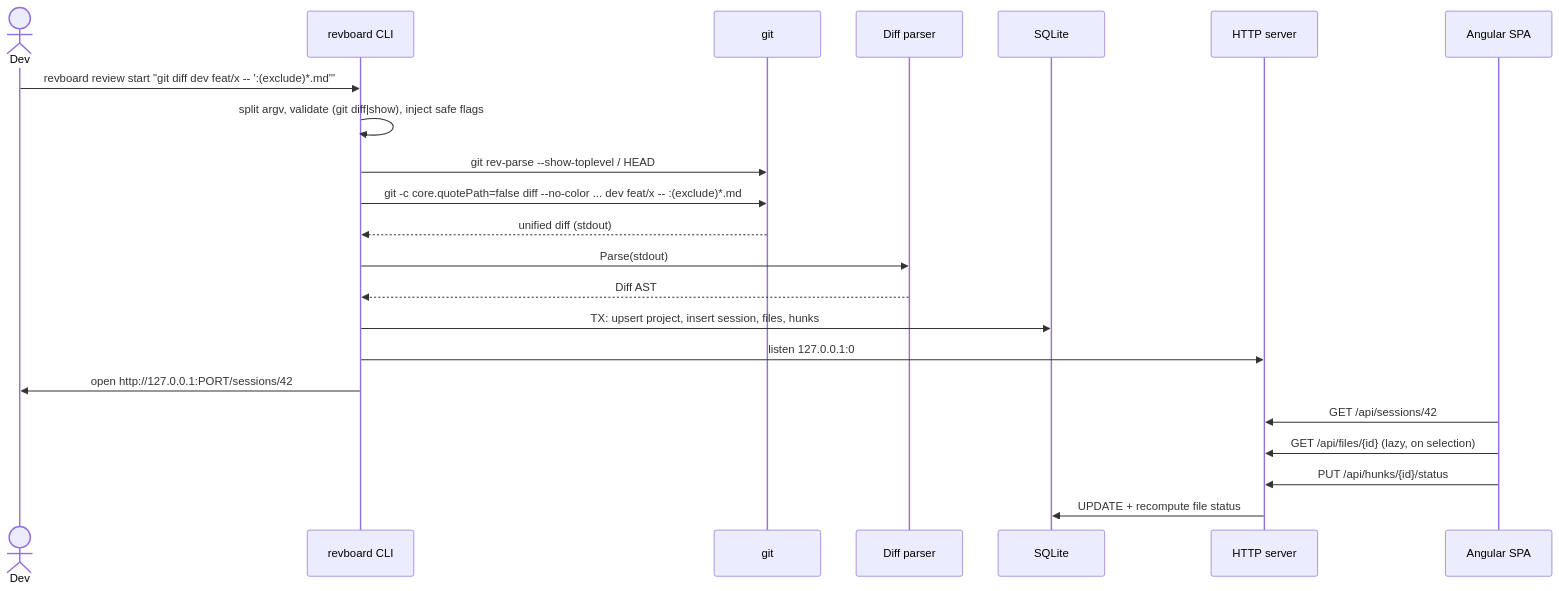
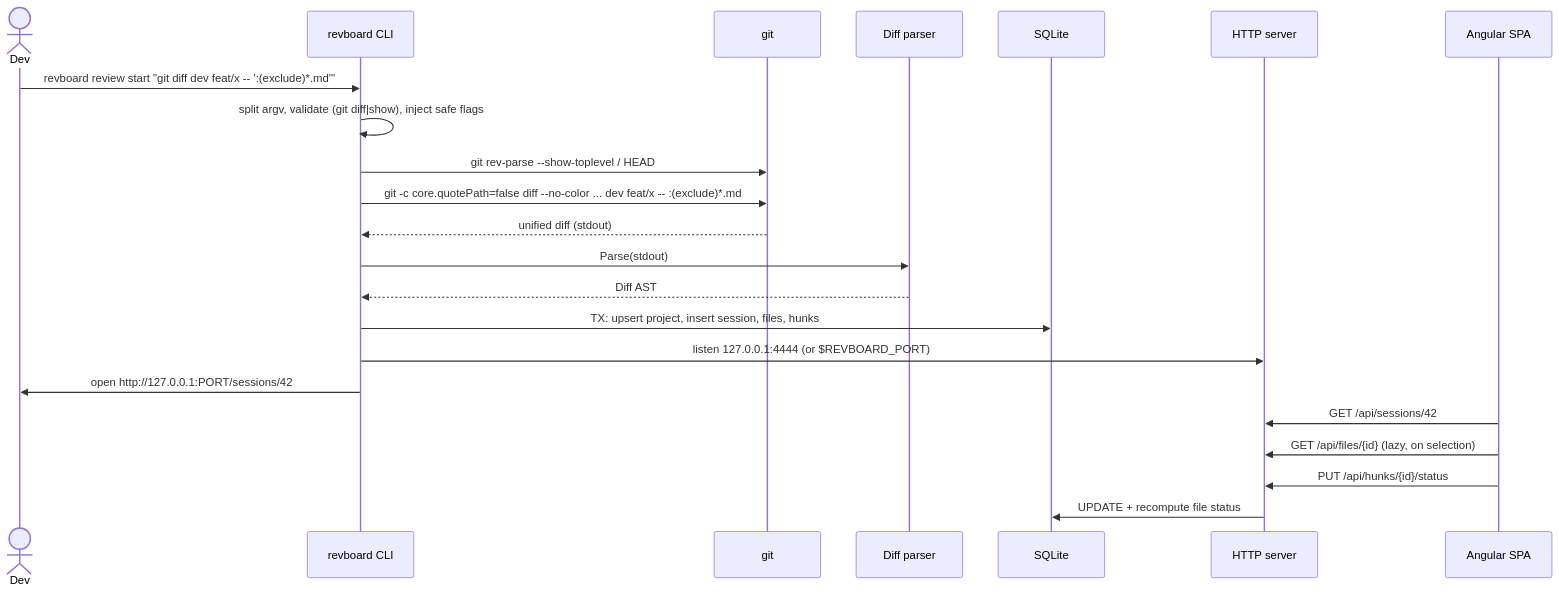
The second of 2 diagrams in docs/SPEC.md (Shammas44/revboard), drawn with Mermaid before and after one commit. The commit also changed other lines of this file and 4 other files, not shown here.

First line of the commit message:
Serve on port 4444 by default, configurable with REVBOARD_PORT

````diff
--- a/docs/SPEC.md
+++ b/docs/SPEC.md
@@ -121,25 +121,25 @@
 ```mermaid
 sequenceDiagram
     actor Dev
     participant CLI as revboard CLI
     participant Git as git
     participant P as Diff parser
     participant DB as SQLite
     participant S as HTTP server
     participant UI as Angular SPA
 
     Dev->>CLI: revboard review start "git diff dev feat/x -- ':(exclude)*.md'"
     CLI->>CLI: split argv, validate (git diff|show), inject safe flags
     CLI->>Git: git rev-parse --show-toplevel / HEAD
     CLI->>Git: git -c core.quotePath=false diff --no-color ... dev feat/x -- :(exclude)*.md
     Git-->>CLI: unified diff (stdout)
     CLI->>P: Parse(stdout)
     P-->>CLI: Diff AST
     CLI->>DB: TX: upsert project, insert session, files, hunks
-    CLI->>S: listen 127.0.0.1:0
+    CLI->>S: listen 127.0.0.1:4444 (or $REVBOARD_PORT)
     CLI->>Dev: open http://127.0.0.1:PORT/sessions/42
     UI->>S: GET /api/sessions/42
     UI->>S: GET /api/files/{id} (lazy, on selection)
     UI->>S: PUT /api/hunks/{id}/status
     S->>DB: UPDATE + recompute file status
 ```
````
